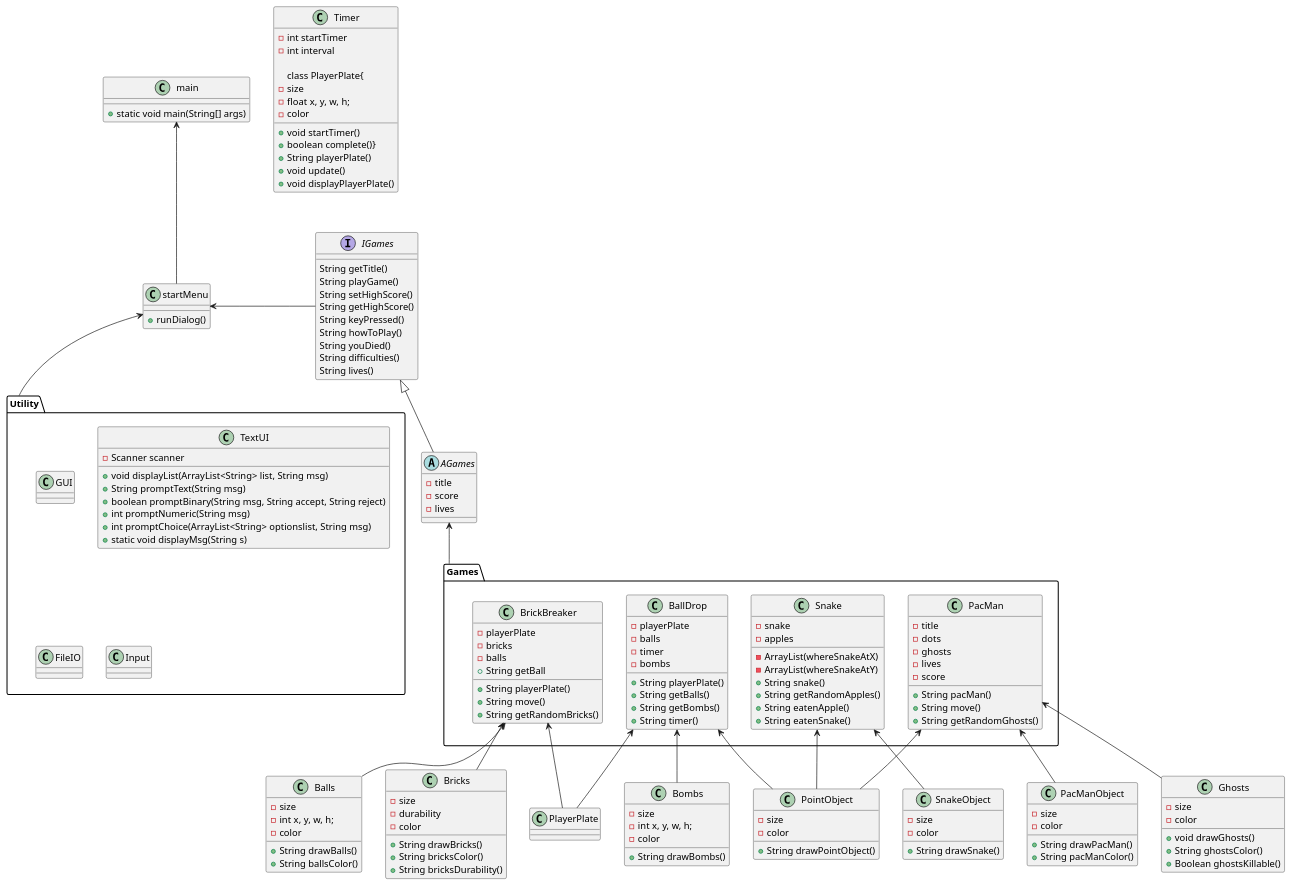
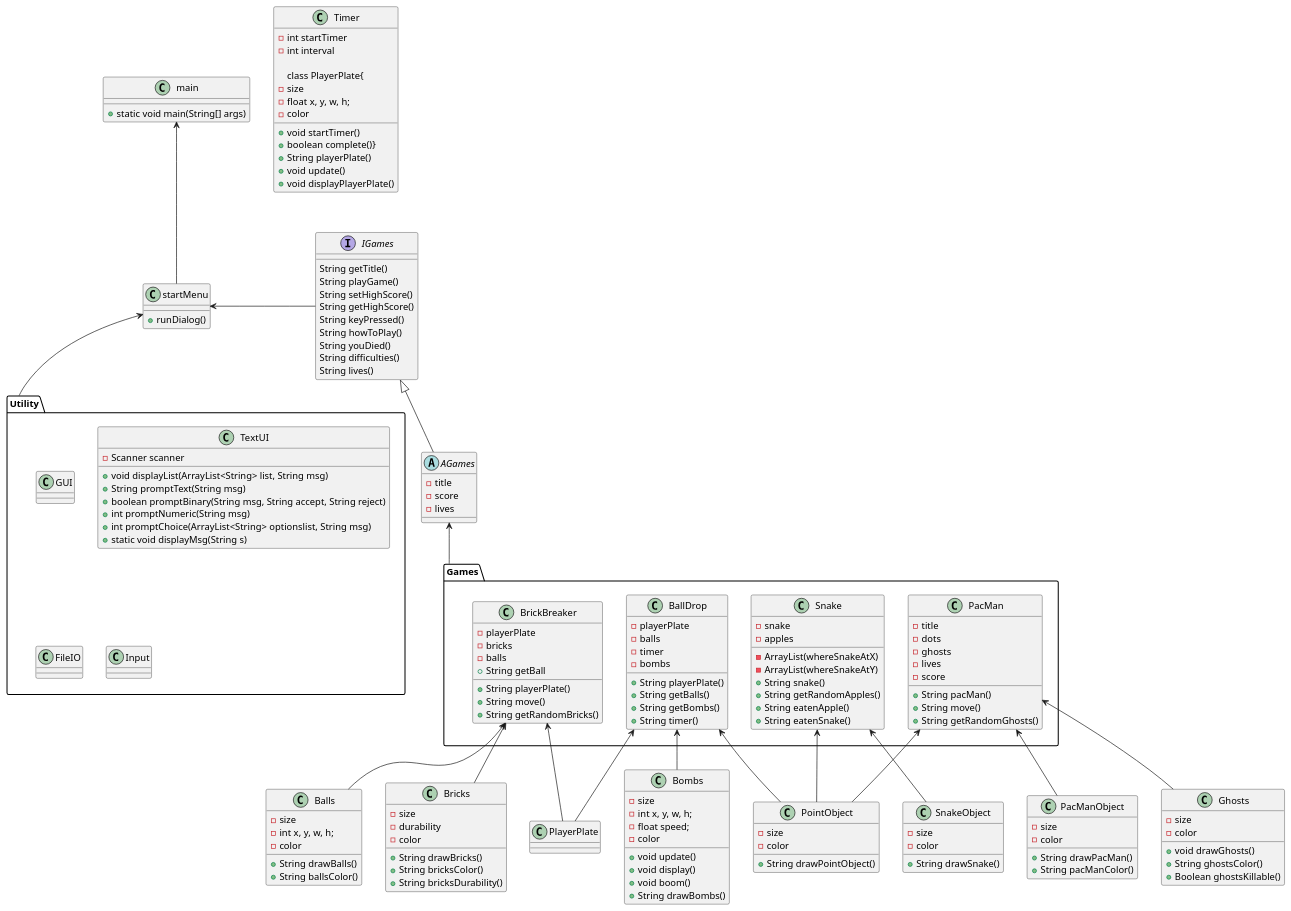
Before and after one commit to RikkeMariussen/ICE-opgave: the diagram in doc/Plan/classdiagram.puml, drawn with PlantUML.

Commit message:
små ting

```diff
--- a/doc/Plan/classdiagram.puml
+++ b/doc/Plan/classdiagram.puml
@@ -1,191 +1,196 @@
 @startuml
 'https://plantuml.com/class-diagram
 
 class main{
 + static void main(String[] args)
 }
 class startMenu{
 + runDialog()
 }
 
 interface IGames{
 String getTitle()
 String playGame()
 String setHighScore()
 String getHighScore()
 String keyPressed()
 String howToPlay()
 String youDied()
 String difficulties()
 String lives()
 }
 
 abstract class AGames{
 - title
 - score
 - lives
 }
 
 package Games <<Folder>> {
 
 class BrickBreaker{
 - playerPlate
 - bricks
 - balls
 + String playerPlate()
 + String getBall
 + String move()
 + String getRandomBricks()
 }
 
 class BallDrop{
 - playerPlate
 - balls
 - timer
 - bombs
 + String playerPlate()
 + String getBalls()
 + String getBombs()
 + String timer()
 }
 
 class Snake{
 - snake
 - apples
 - ArrayList(whereSnakeAtX)
 - ArrayList(whereSnakeAtY)
 + String snake()
 + String getRandomApples()
 + String eatenApple()
 + String eatenSnake()
 }
 
 class PacMan{
 - title
 - dots
 - ghosts
 - lives
 - score
 + String pacMan()
 + String move()
 + String getRandomGhosts()
 }
 }
 
 package Utility <<Folder>> {
 class GUI{
 }
 class TextUI{
 - Scanner scanner
 + void displayList(ArrayList<String> list, String msg)
 + String promptText(String msg)
 + boolean promptBinary(String msg, String accept, String reject)
 + int promptNumeric(String msg)
 + int promptChoice(ArrayList<String> optionslist, String msg)
 + static void displayMsg(String s)
 }
 class FileIO{
 }
 class Input{
 }
 }
 
 class Balls{
 - size
 - int x, y, w, h;
 - color
 + String drawBalls()
 + String ballsColor()
 }
 
 class Bombs{
 - size
 - int x, y, w, h;
+- float speed;
 - color
++ void update()
++ void display()
++ void boom()
 + String drawBombs()
 }
 
 class Timer{
 - int startTimer
 - int interval
 + void startTimer()
 + boolean complete()}
 
 class PlayerPlate{
 - size
 - float x, y, w, h;
 - color
 + String playerPlate()
 + void update()
 + void displayPlayerPlate()
 }
 
 class SnakeObject{
 - size
 - color
 + String drawSnake()
 }
 
 class PointObject{
 'Apples, cheese and cherries for Snake and PacMan
 - size
 - color
 + String drawPointObject()
+
 }
 
 class Bricks{
 - size
 - durability
 - color
 + String drawBricks()
 + String bricksColor()
 + String bricksDurability()
 }
 
 class PacManObject{
 - size
 - color
 + String drawPacMan()
 + String pacManColor()
 }
 
 class Ghosts{
 - size
 - color
 + void drawGhosts()
 + String ghostsColor()
 + Boolean ghostsKillable()
 }
 
 main <-- startMenu
 startMenu <- IGames
 
 IGames <|-- AGames
 
 AGames <-- Games
 'AGames <|-- Snake
 'AGames <|-- BrickBreaker
 'AGames <|-- BallDrop
 'AGames <|-- PacMan
 
 startMenu <-- Utility
 'startMenu <-- GUI
 'startMenu <-- TextUI
 'startMenu <-- FileIO
 
 BrickBreaker <-- Bricks
 BrickBreaker <-- PlayerPlate
 BrickBreaker <-- Balls
 
 BallDrop <-- PlayerPlate
 BallDrop <-- PointObject
 BallDrop <-- Bombs
 
 Snake <-- SnakeObject
 Snake <-- PointObject
 
 PacMan <-- PacManObject
 PacMan <-- Ghosts
 PacMan <-- PointObject
 
 @enduml
```
